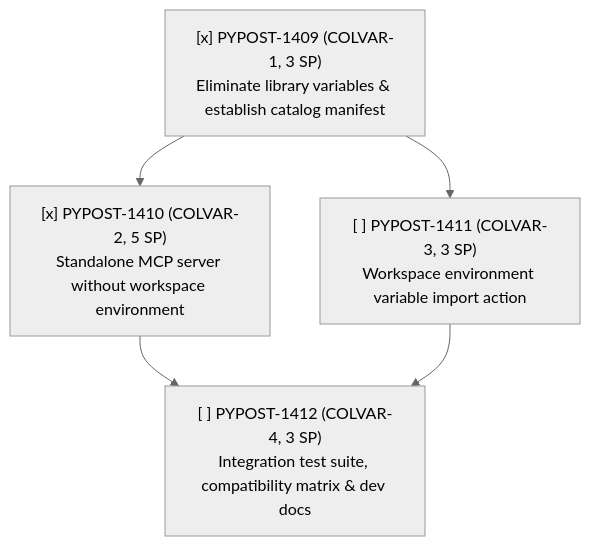
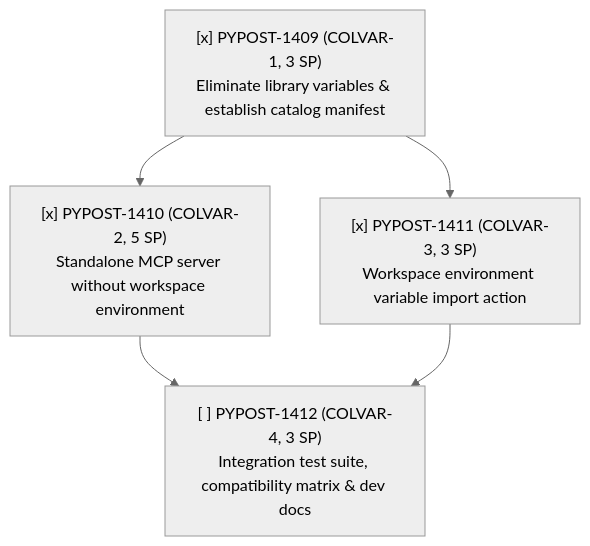
The fifth of 5 diagrams in doc/dev/collection_scoped_variables.md (koctep/pypost), drawn with Mermaid (neutral theme) before and after one commit. The commit also changed other lines of this file and 21 other files, not shown here.

First line of the commit message:
feat(environments): workspace environment variable import action from collections [PYPOST-1411]

````diff
--- a/doc/dev/collection_scoped_variables.md
+++ b/doc/dev/collection_scoped_variables.md
@@ -454,12 +454,12 @@
 ```mermaid
 flowchart TD
     COLVAR1["[x] PYPOST-1409 (COLVAR-1, 3 SP)<br/>Eliminate library variables & establish catalog manifest"]
     COLVAR2["[x] PYPOST-1410 (COLVAR-2, 5 SP)<br/>Standalone MCP server without workspace environment"]
-    COLVAR3["[ ] PYPOST-1411 (COLVAR-3, 3 SP)<br/>Workspace environment variable import action"]
+    COLVAR3["[x] PYPOST-1411 (COLVAR-3, 3 SP)<br/>Workspace environment variable import action"]
     COLVAR4["[ ] PYPOST-1412 (COLVAR-4, 3 SP)<br/>Integration test suite, compatibility matrix & dev docs"]
 
     COLVAR1 --> COLVAR2
     COLVAR1 --> COLVAR3
     COLVAR2 --> COLVAR4
     COLVAR3 --> COLVAR4
 ```
````
